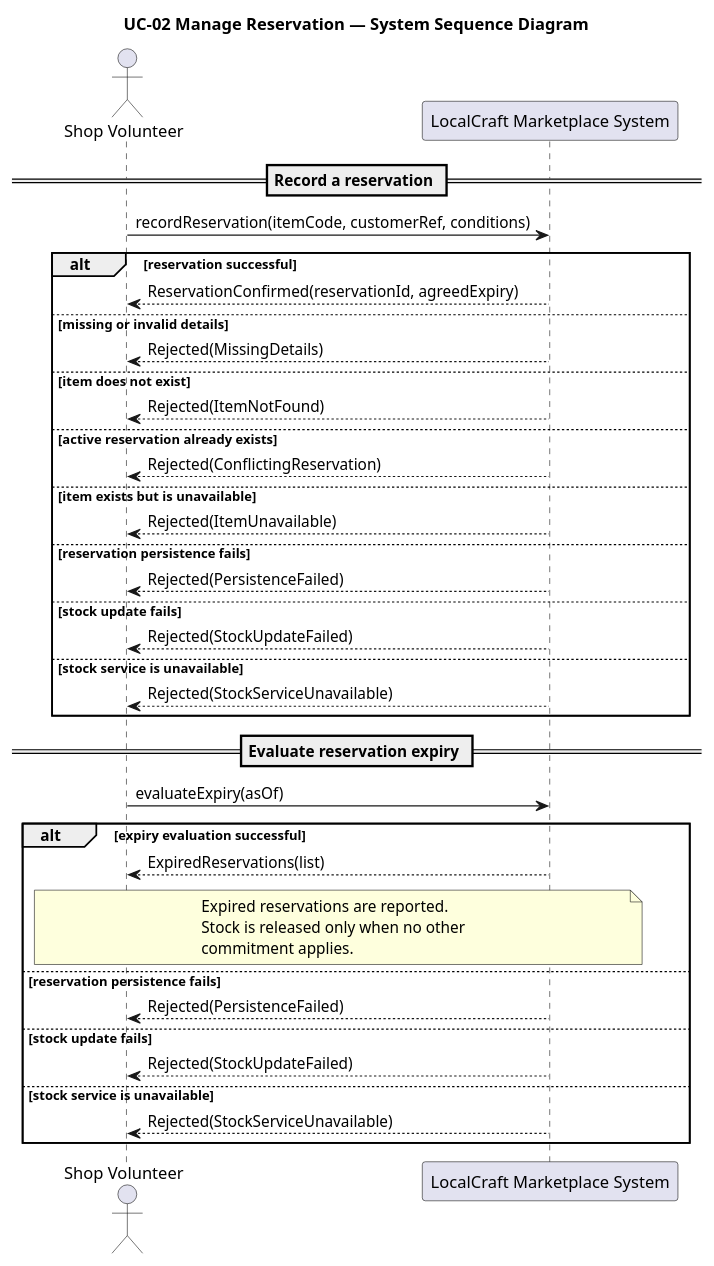
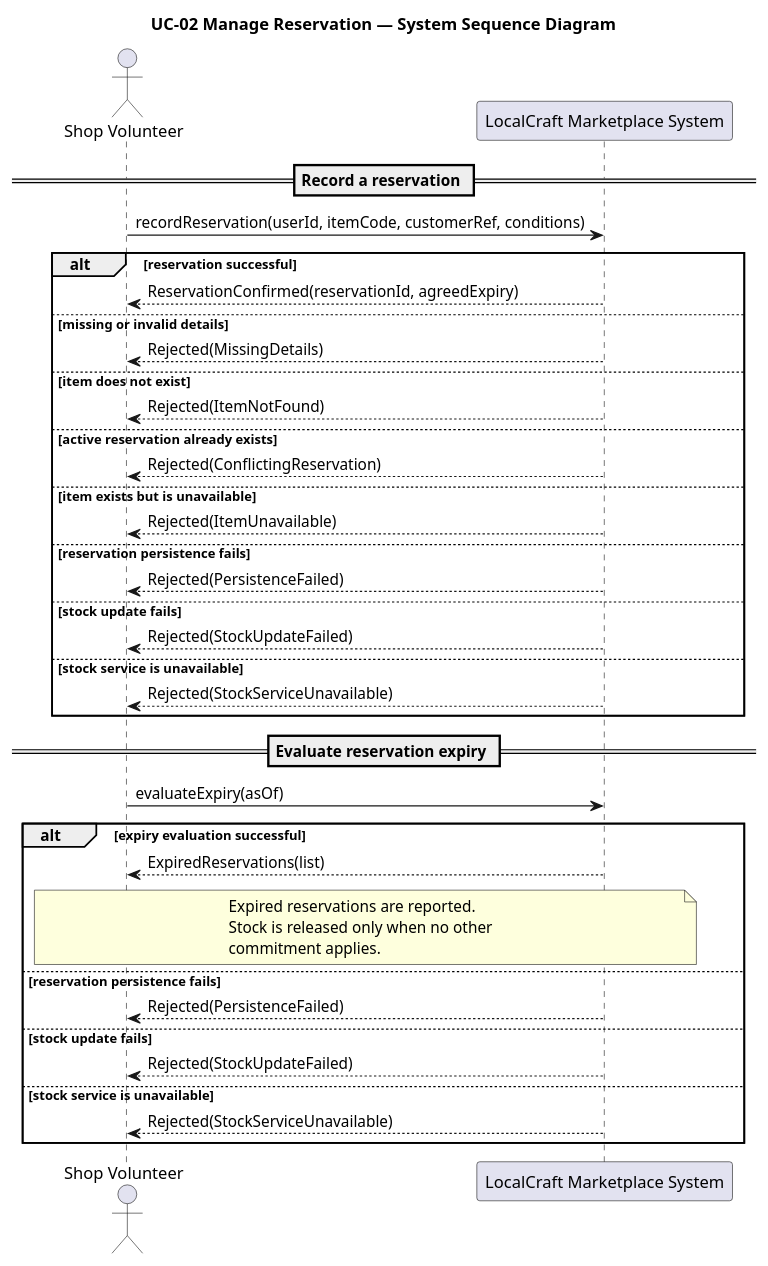
Before and after one commit to Mykola-Rubliuk/LocalCraftMarketplace: the diagram in ca2-analysis/slices/slice-1/ssd/ssd.puml, drawn with PlantUML. The commit also changed 5 other files, not shown here.

```diff
--- a/ca2-analysis/slices/slice-1/ssd/ssd.puml
+++ b/ca2-analysis/slices/slice-1/ssd/ssd.puml
@@ -1,59 +1,59 @@
 @startuml
 
 title UC-02 Manage Reservation — System Sequence Diagram
 
 actor "Shop Volunteer" as Volunteer
 participant "LocalCraft Marketplace System" as System
 
 == Record a reservation ==
 
-Volunteer -> System: recordReservation(itemCode, customerRef, conditions)
+Volunteer -> System: recordReservation(userId, itemCode, customerRef, conditions)
 
 alt reservation successful
     System --> Volunteer: ReservationConfirmed(reservationId, agreedExpiry)
 
 else missing or invalid details
     System --> Volunteer: Rejected(MissingDetails)
 
 else item does not exist
     System --> Volunteer: Rejected(ItemNotFound)
 
 else active reservation already exists
     System --> Volunteer: Rejected(ConflictingReservation)
 
 else item exists but is unavailable
     System --> Volunteer: Rejected(ItemUnavailable)
 
 else reservation persistence fails
     System --> Volunteer: Rejected(PersistenceFailed)
 
 else stock update fails
     System --> Volunteer: Rejected(StockUpdateFailed)
 
 else stock service is unavailable
     System --> Volunteer: Rejected(StockServiceUnavailable)
 end
 
 == Evaluate reservation expiry ==
 
 Volunteer -> System: evaluateExpiry(asOf)
 
 alt expiry evaluation successful
     System --> Volunteer: ExpiredReservations(list)
     note over Volunteer, System
       Expired reservations are reported.
       Stock is released only when no other
       commitment applies.
     end note
 
 else reservation persistence fails
     System --> Volunteer: Rejected(PersistenceFailed)
 
 else stock update fails
     System --> Volunteer: Rejected(StockUpdateFailed)
 
 else stock service is unavailable
     System --> Volunteer: Rejected(StockServiceUnavailable)
 end
 
 @enduml
```
